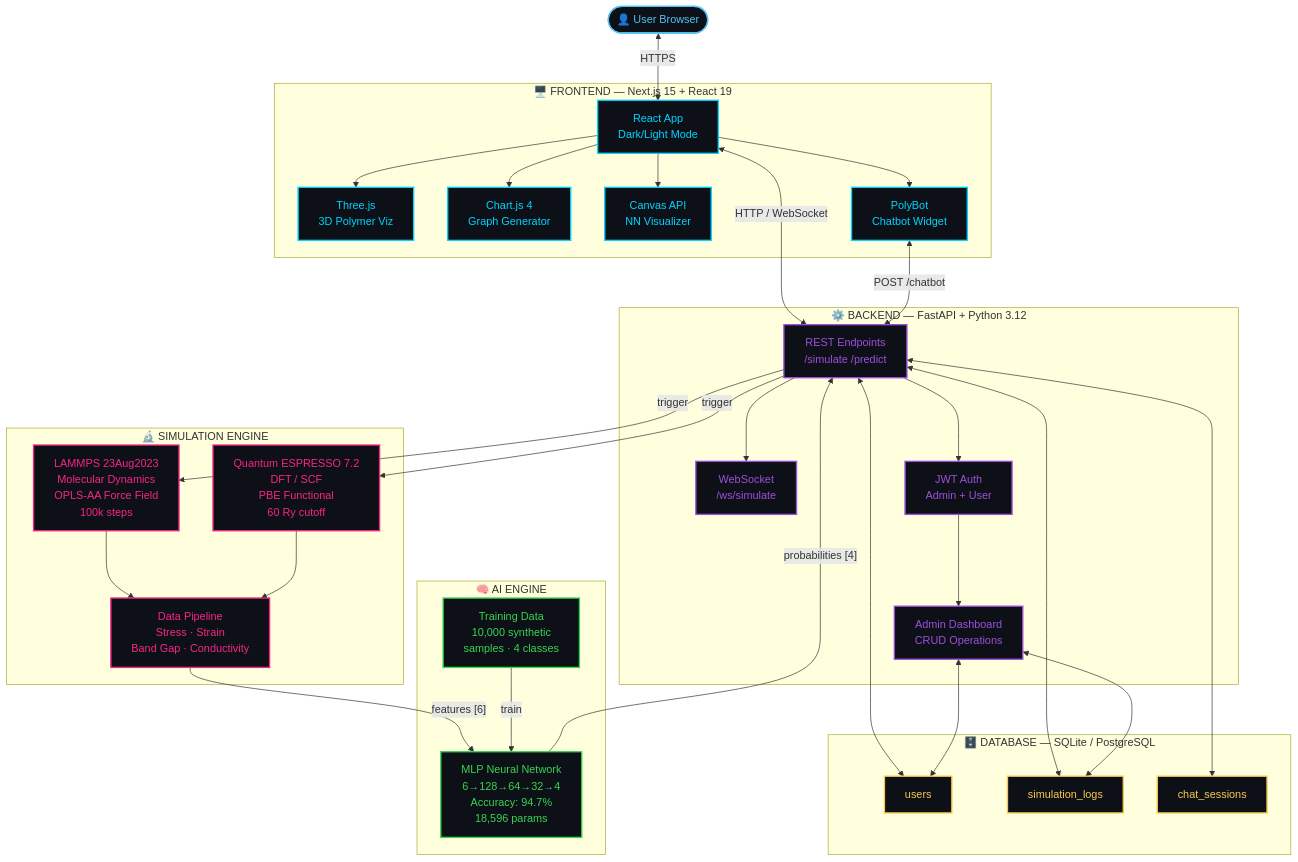
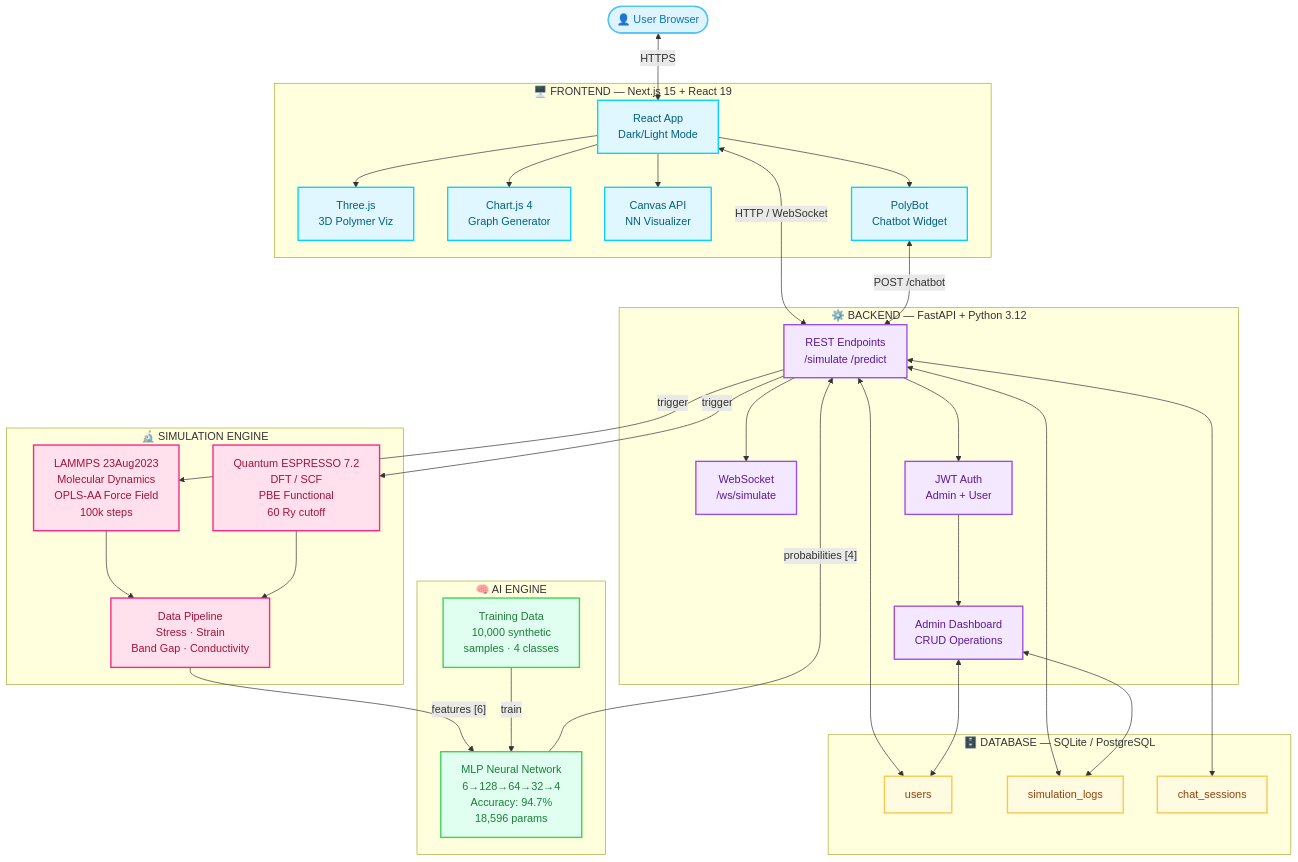
One commit to anshsharmacse/emotionalmaterials changed the first of 16 diagrams in README.md. Above: the diagram before and after it, drawn with Mermaid. The commit also changed other lines of this file, not shown here.

````diff
--- a/README.md
+++ b/README.md
@@ -108,58 +108,58 @@
 ```mermaid
 graph TB
-    classDef frontend fill:#0d1117,stroke:#00d4ff,color:#00d4ff,stroke-width:2px
-    classDef backend fill:#0d1117,stroke:#9d4edd,color:#9d4edd,stroke-width:2px
-    classDef simulation fill:#0d1117,stroke:#f72585,color:#f72585,stroke-width:2px
-    classDef ai fill:#0d1117,stroke:#39d353,color:#39d353,stroke-width:2px
-    classDef db fill:#0d1117,stroke:#f9c74f,color:#f9c74f,stroke-width:2px
-    classDef user fill:#0d1117,stroke:#4fc3f7,color:#4fc3f7,stroke-width:2px
+    classDef frontend fill:#e0f7ff,stroke:#00d4ff,color:#006080,stroke-width:2px
+    classDef backend fill:#f3e8ff,stroke:#9d4edd,color:#5a189a,stroke-width:2px
+    classDef simulation fill:#ffe0ec,stroke:#f72585,color:#a4133c,stroke-width:2px
+    classDef ai fill:#e0fff0,stroke:#39d353,color:#1a7f37,stroke-width:2px
+    classDef db fill:#fffbe0,stroke:#f9c74f,color:#92400e,stroke-width:2px
+    classDef user fill:#e0f4ff,stroke:#4fc3f7,color:#0277bd,stroke-width:2px
 
     USER(["👤 User Browser"]):::user
 
     subgraph FE["🖥️  FRONTEND — Next.js 15 + React 19"]
         UI["React App\nDark/Light Mode"]:::frontend
         THREE["Three.js\n3D Polymer Viz"]:::frontend
         CHARTJS["Chart.js 4\nGraph Generator"]:::frontend
         NNVIZ["Canvas API\nNN Visualizer"]:::frontend
         CHAT["PolyBot\nChatbot Widget"]:::frontend
     end
 
     subgraph BE["⚙️  BACKEND — FastAPI + Python 3.12"]
         API["REST Endpoints\n/simulate /predict"]:::backend
         WS["WebSocket\n/ws/simulate"]:::backend
         JWT["JWT Auth\nAdmin + User"]:::backend
         ADMIN["Admin Dashboard\nCRUD Operations"]:::backend
     end
 
     subgraph SIM["🔬  SIMULATION ENGINE"]
         LAMMPS["LAMMPS 23Aug2023\nMolecular Dynamics\nOPLS-AA Force Field\n100k steps"]:::simulation
         QE["Quantum ESPRESSO 7.2\nDFT / SCF\nPBE Functional\n60 Ry cutoff"]:::simulation
         PIPE["Data Pipeline\nStress · Strain\nBand Gap · Conductivity"]:::simulation
     end
 
     subgraph AIENG["🧠  AI ENGINE"]
         MLP["MLP Neural Network\n6→128→64→32→4\nAccuracy: 94.7%\n18,596 params"]:::ai
         TRAIN["Training Data\n10,000 synthetic\nsamples · 4 classes"]:::ai
     end
 
     subgraph DB["🗄️  DATABASE — SQLite / PostgreSQL"]
         USERS["users"]:::db
         LOGS["simulation_logs"]:::db
         CHAT_DB["chat_sessions"]:::db
     end
 
     USER <-->|"HTTPS"| UI
     UI --> THREE & CHARTJS & NNVIZ & CHAT
     UI <-->|"HTTP / WebSocket"| API
     CHAT <-->|"POST /chatbot"| API
     API --> WS & JWT
     JWT --> ADMIN
     API -->|"trigger"| LAMMPS
     API -->|"trigger"| QE
     LAMMPS & QE --> PIPE
     PIPE -->|"features [6]"| MLP
     TRAIN -->|"train"| MLP
     MLP -->|"probabilities [4]"| API
     API <--> USERS & LOGS & CHAT_DB
     ADMIN <--> USERS & LOGS
 ```
````
